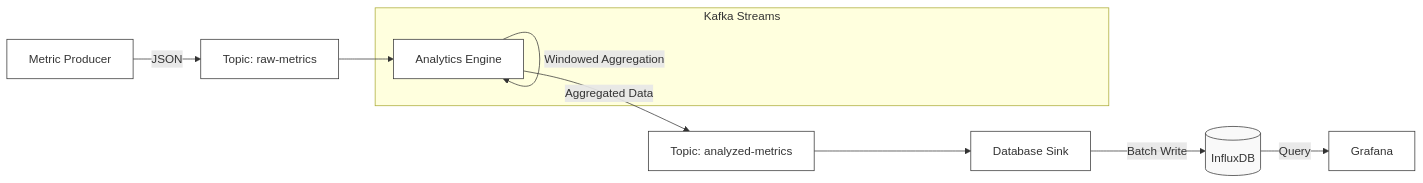
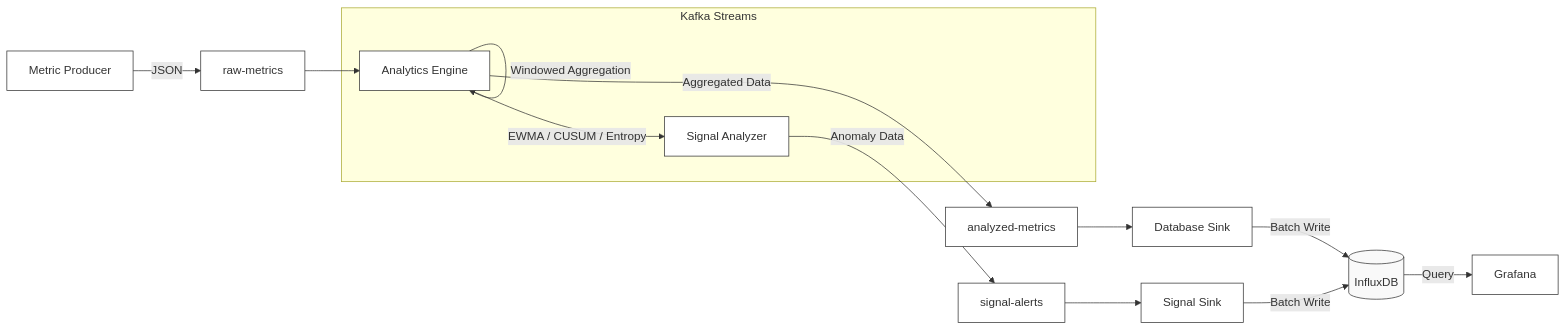
The diagram in README.md (vinamras19/observability-engine), drawn with Mermaid before and after one commit. The commit also changed other lines of this file, not shown here.

Commit message:
docs: update README - system architecture and added signal analysis config

````diff
--- a/README.md
+++ b/README.md
@@ -32,22 +27,26 @@
 ```mermaid
 graph LR
     %% Components
-    Prod[Metric Producer] -->|JSON| T1[Topic: raw-metrics]
+    Prod[Metric Producer] -->|JSON| T1[raw-metrics]
     T1 --> Engine[Analytics Engine]
     
     subgraph "Kafka Streams"
         Engine -->|Windowed Aggregation| Engine
+        Engine -->|EWMA / CUSUM / Entropy| Signal[Signal Analyzer]
     end
     
-    Engine -->|Aggregated Data| T2[Topic: analyzed-metrics]
+    Engine -->|Aggregated Data| T2[analyzed-metrics]
+    Signal -->|Anomaly Data| T3[signal-alerts]
     T2 --> Sink[Database Sink]
+    T3 --> SSink[Signal Sink]
     
     Sink -->|Batch Write| DB[(InfluxDB)]
+    SSink -->|Batch Write| DB
     DB -->|Query| Dash[Grafana]
 
     %% Styling
     classDef plain fill:#fff,stroke:#333,stroke-width:1px;
     classDef db fill:#f9f9f9,stroke:#333,stroke-width:1px;
-    class Prod,Engine,Sink,T1,T2,Dash plain;
+    class Prod,Engine,Signal,Sink,SSink,T1,T2,T3,Dash plain;
     class DB db;
 ```
````
